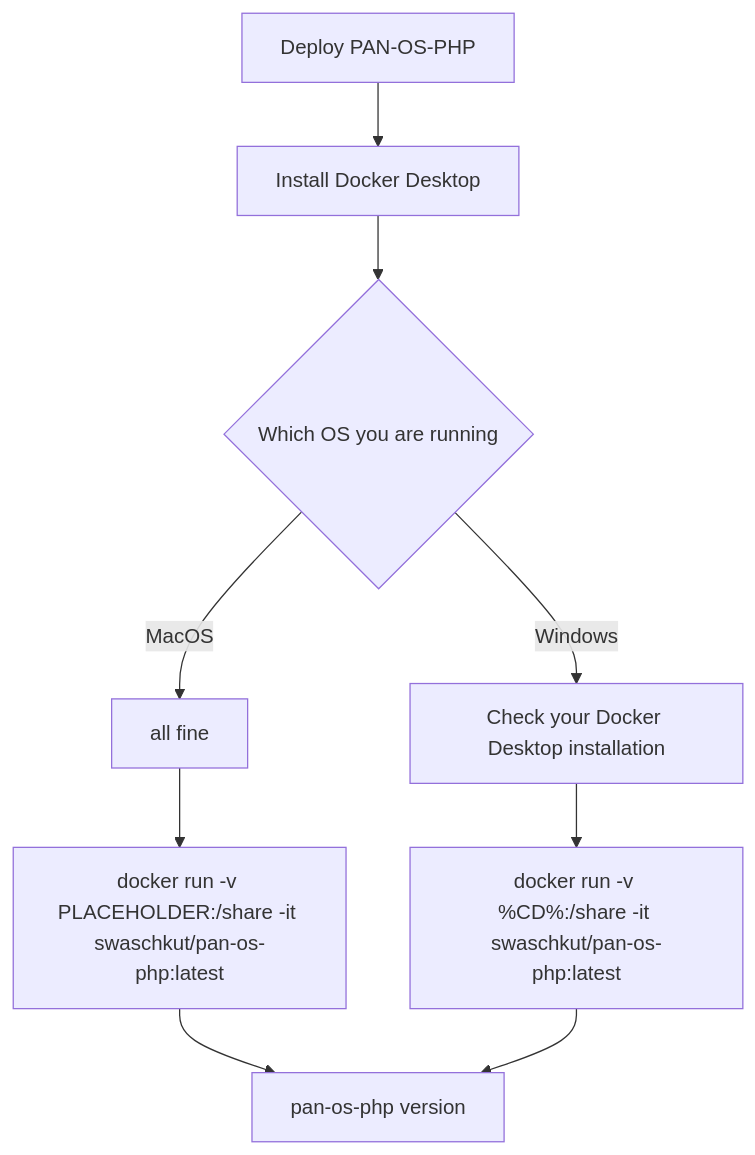
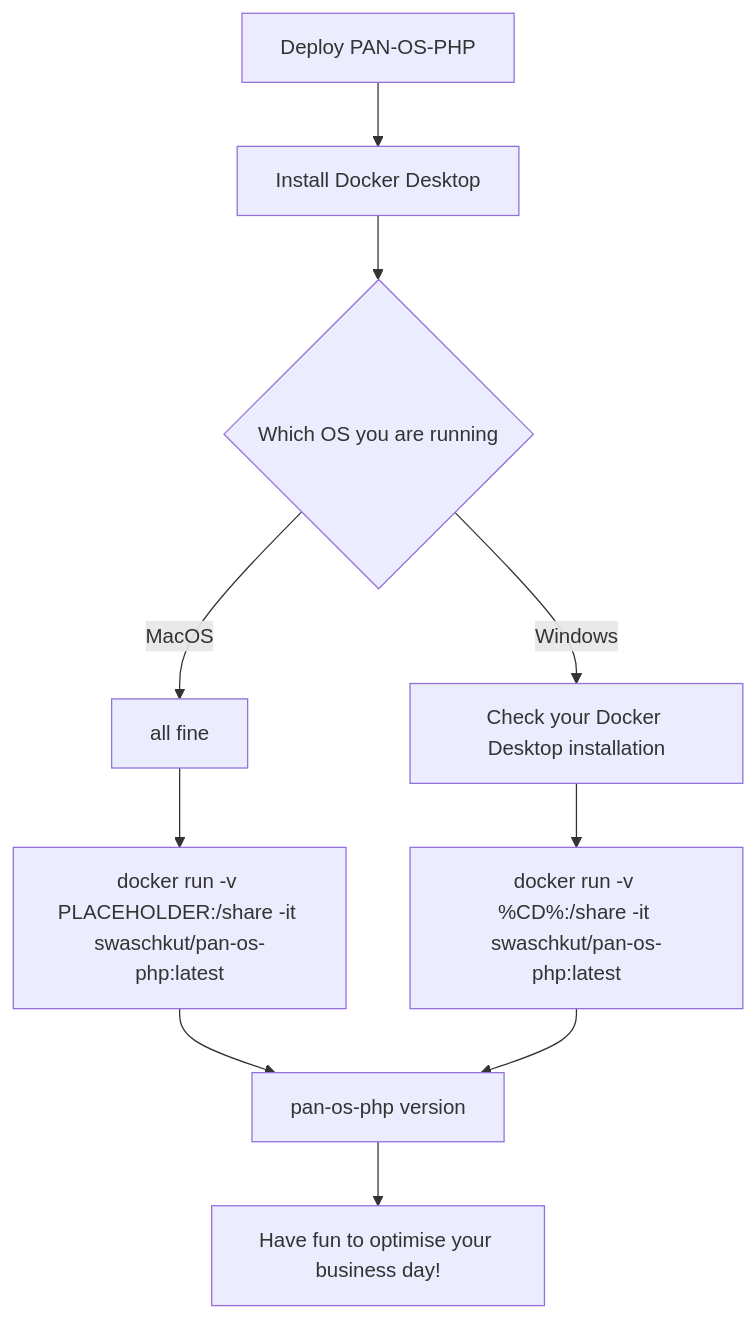
The diagram in READMEdocker.md (PaloAltoNetworks/pan-os-php), drawn with Mermaid before and after one commit.

````diff
--- a/READMEdocker.md
+++ b/READMEdocker.md
@@ -4,11 +4,12 @@
 ```mermaid
 graph TD
     A[Deploy PAN-OS-PHP] --> B
     B[Install Docker Desktop] --> C{Which OS you are running}
     C -->|MacOS| E1[all fine]
     C -->|Windows| E2[Check your Docker Desktop installation]
     E1 --> F1[docker run -v PLACEHOLDER:/share -it swaschkut/pan-os-php:latest]
     E2 --> F2[docker run -v %CD%:/share -it swaschkut/pan-os-php:latest]
     F1 --> G[pan-os-php version]
     F2 --> G[pan-os-php version]
+    G --> H[Have fun to optimise your business day!]
 ```
````
